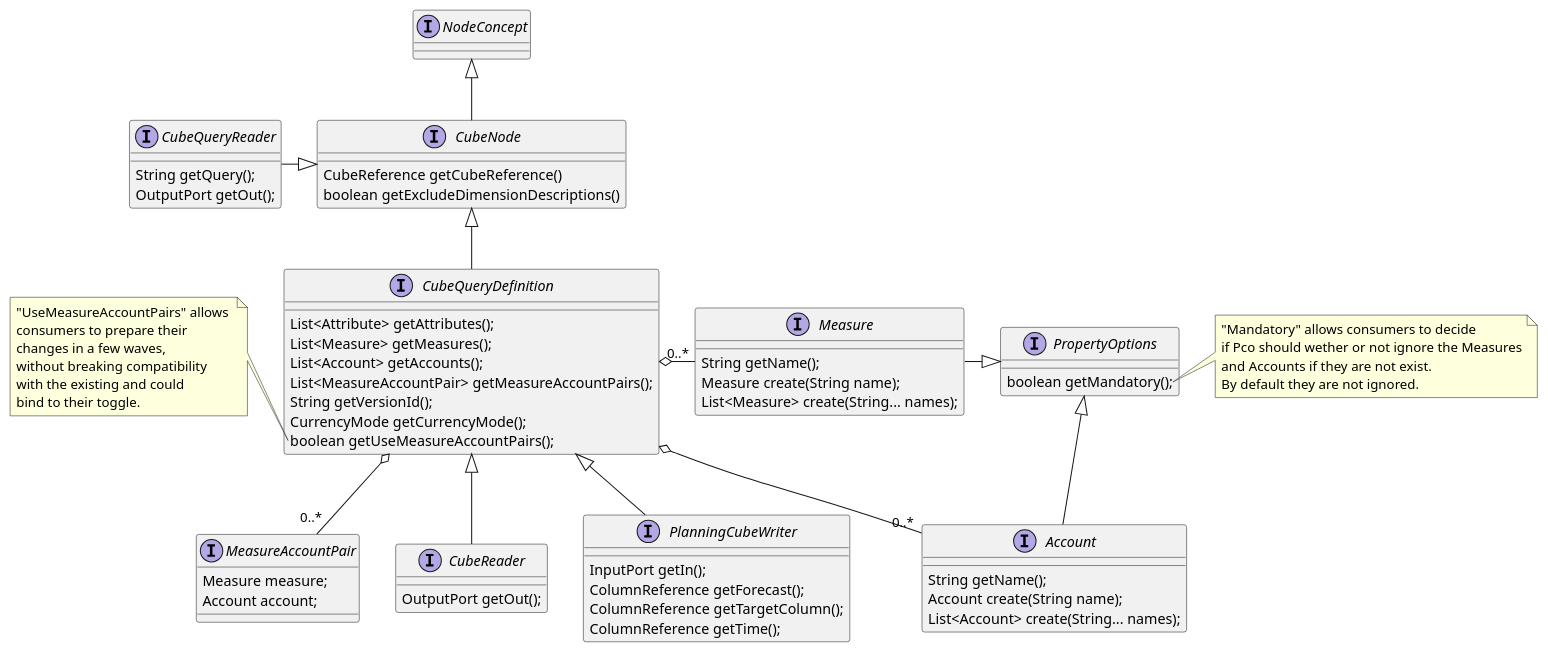
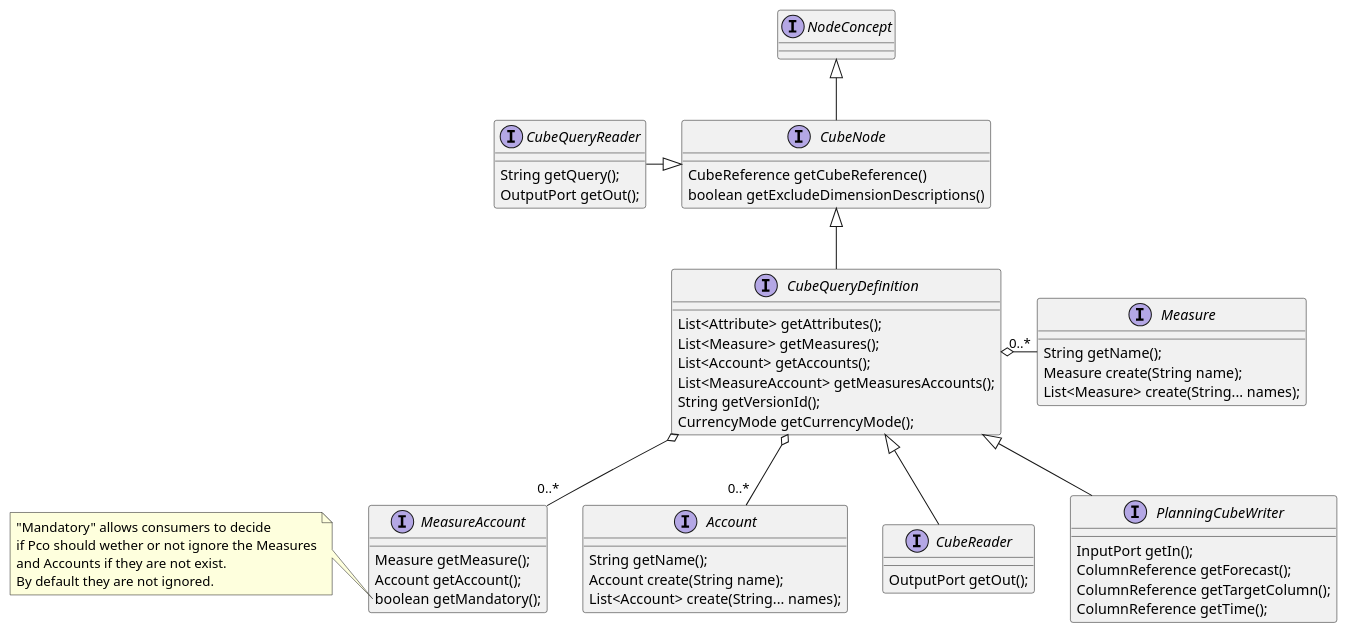
Before and after one commit to loutfinadir/uml: the diagram in pipeline-v2.wsd, drawn with PlantUML. The commit also changed 3 other files, not shown here.

```diff
--- a/pipeline-v2.wsd
+++ b/pipeline-v2.wsd
@@ -1,82 +1,67 @@
 @startuml
 
 interface NodeConcept
 
 interface CubeNode extends NodeConcept {
     CubeReference getCubeReference()
     boolean getExcludeDimensionDescriptions()
-}
-
-interface PropertyOptions {
-    boolean getMandatory();
 }
 
 
 interface Measure  {
     String getName();
     Measure create(String name);
     List<Measure> create(String... names);
 }
 
 interface Account {
     String getName();
     Account create(String name);
     List<Account> create(String... names);
 }
 
-interface MeasureAccountPair {
-    Measure measure;
-    Account account;
+interface MeasureAccount {
+    Measure getMeasure();
+    Account getAccount();
+    boolean getMandatory();
 }
 
 interface CubeQueryDefinition extends CubeNode {
     List<Attribute> getAttributes();
     List<Measure> getMeasures();
     List<Account> getAccounts();
-    List<MeasureAccountPair> getMeasureAccountPairs();
+    List<MeasureAccount> getMeasuresAccounts();
     String getVersionId();
     CurrencyMode getCurrencyMode();
-    boolean getUseMeasureAccountPairs();
 }
 
 interface CubeQueryReader {
     String getQuery();
     OutputPort getOut();
 }
 
 interface CubeReader extends CubeQueryDefinition {
     OutputPort getOut();
 }
 
 interface PlanningCubeWriter extends CubeQueryDefinition {
 
     InputPort getIn();
     ColumnReference getForecast();
     ColumnReference getTargetColumn();
     ColumnReference getTime();
 }
 
 CubeQueryDefinition o-right- "0..*" Measure
 CubeQueryDefinition o-down- "0..*" Account
-CubeQueryDefinition o-down- "0..*" MeasureAccountPair
+CubeQueryDefinition o-down- "0..*" MeasureAccount
 CubeQueryReader -|> CubeNode
-Measure -down|> PropertyOptions
-Account -left|> PropertyOptions
 
-note left of CubeQueryDefinition::getUseMeasureAccountPairs
- "UseMeasureAccountPairs" allows 
- consumers to prepare their 
- changes in a few waves, 
- without breaking compatibility
- with the existing and could 
- bind to their toggle.
-end note
-
-note right of PropertyOptions::getMandatory
+note left of MeasureAccount::getMandatory
  "Mandatory" allows consumers to decide 
  if Pco should wether or not ignore the Measures
  and Accounts if they are not exist. 
  By default they are not ignored.
 end note
 
 @enduml
```
